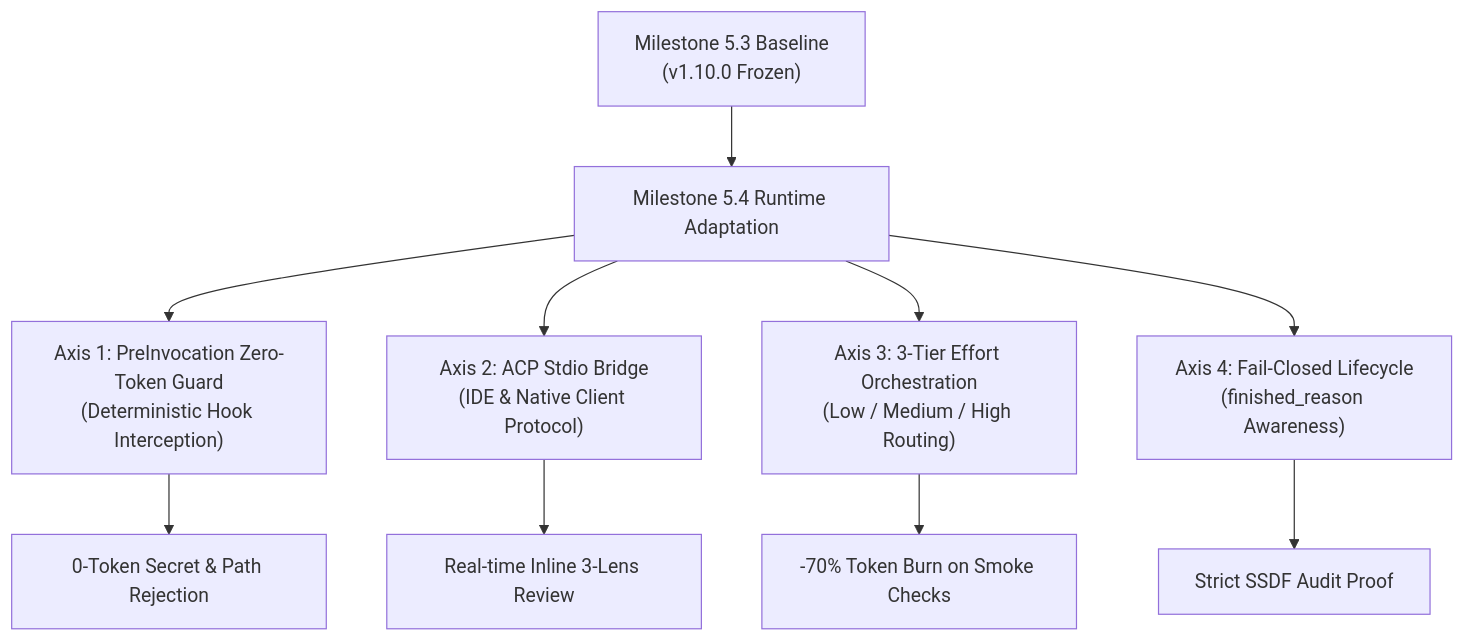
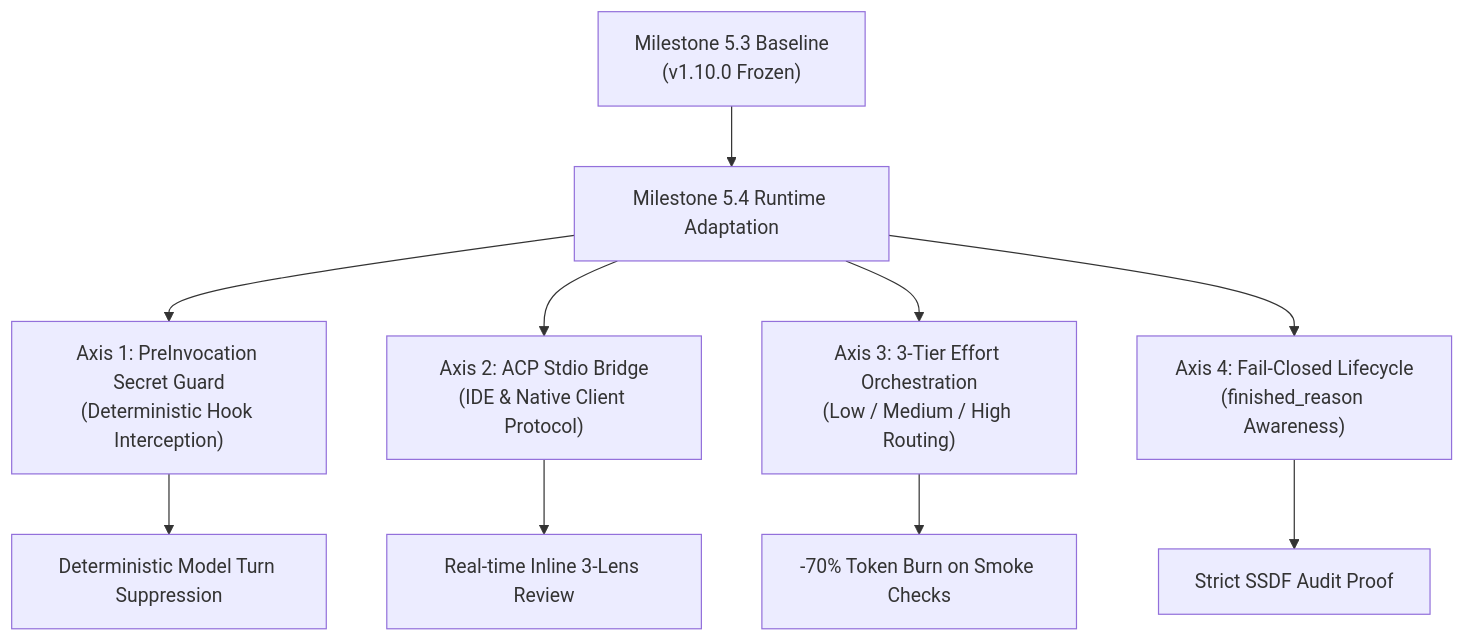
One commit to arcobaleno64/agy-security-audit changed the diagram in docs/rfcs/0004-milestone-5-4-phase-1-execution-roadmap.md. Above: the diagram before and after it, drawn with Mermaid. The commit also changed other lines of this file and 10 other files, not shown here.

````diff
--- a/docs/rfcs/0004-milestone-5-4-phase-1-execution-roadmap.md
+++ b/docs/rfcs/0004-milestone-5-4-phase-1-execution-roadmap.md
@@ -15,14 +15,14 @@
 ```mermaid
 flowchart TD
     M53["Milestone 5.3 Baseline<br/>(v1.10.0 Frozen)"] --> M54["Milestone 5.4 Runtime Adaptation"]
     
-    M54 --> Axis1["Axis 1: PreInvocation Zero-Token Guard<br/>(Deterministic Hook Interception)"]
+    M54 --> Axis1["Axis 1: PreInvocation Secret Guard<br/>(Deterministic Hook Interception)"]
     M54 --> Axis2["Axis 2: ACP Stdio Bridge<br/>(IDE & Native Client Protocol)"]
     M54 --> Axis3["Axis 3: 3-Tier Effort Orchestration<br/>(Low / Medium / High Routing)"]
     M54 --> Axis4["Axis 4: Fail-Closed Lifecycle<br/>(finished_reason Awareness)"]
     
-    Axis1 --> Value1["0-Token Secret & Path Rejection"]
+    Axis1 --> Value1["Deterministic Model Turn Suppression"]
     Axis2 --> Value2["Real-time Inline 3-Lens Review"]
     Axis3 --> Value3["-70% Token Burn on Smoke Checks"]
     Axis4 --> Value4["Strict SSDF Audit Proof"]
 ```
````
